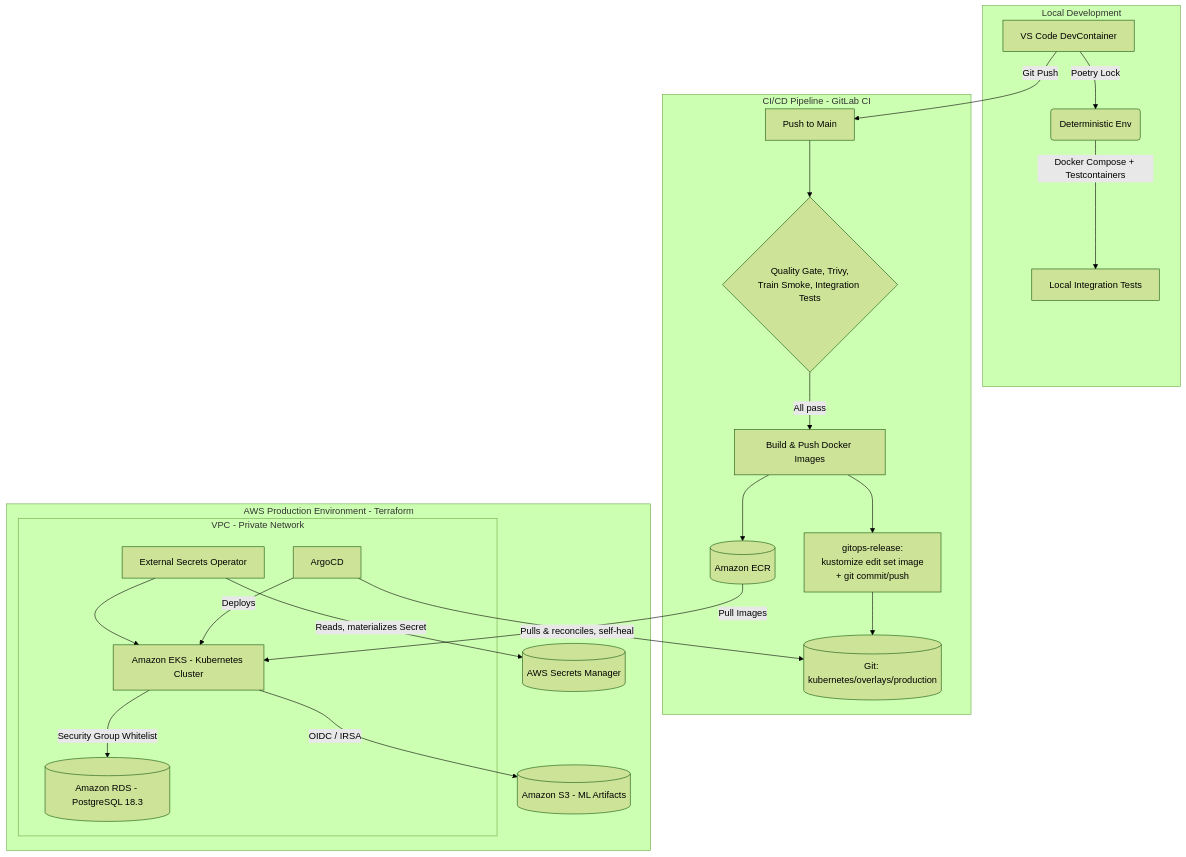
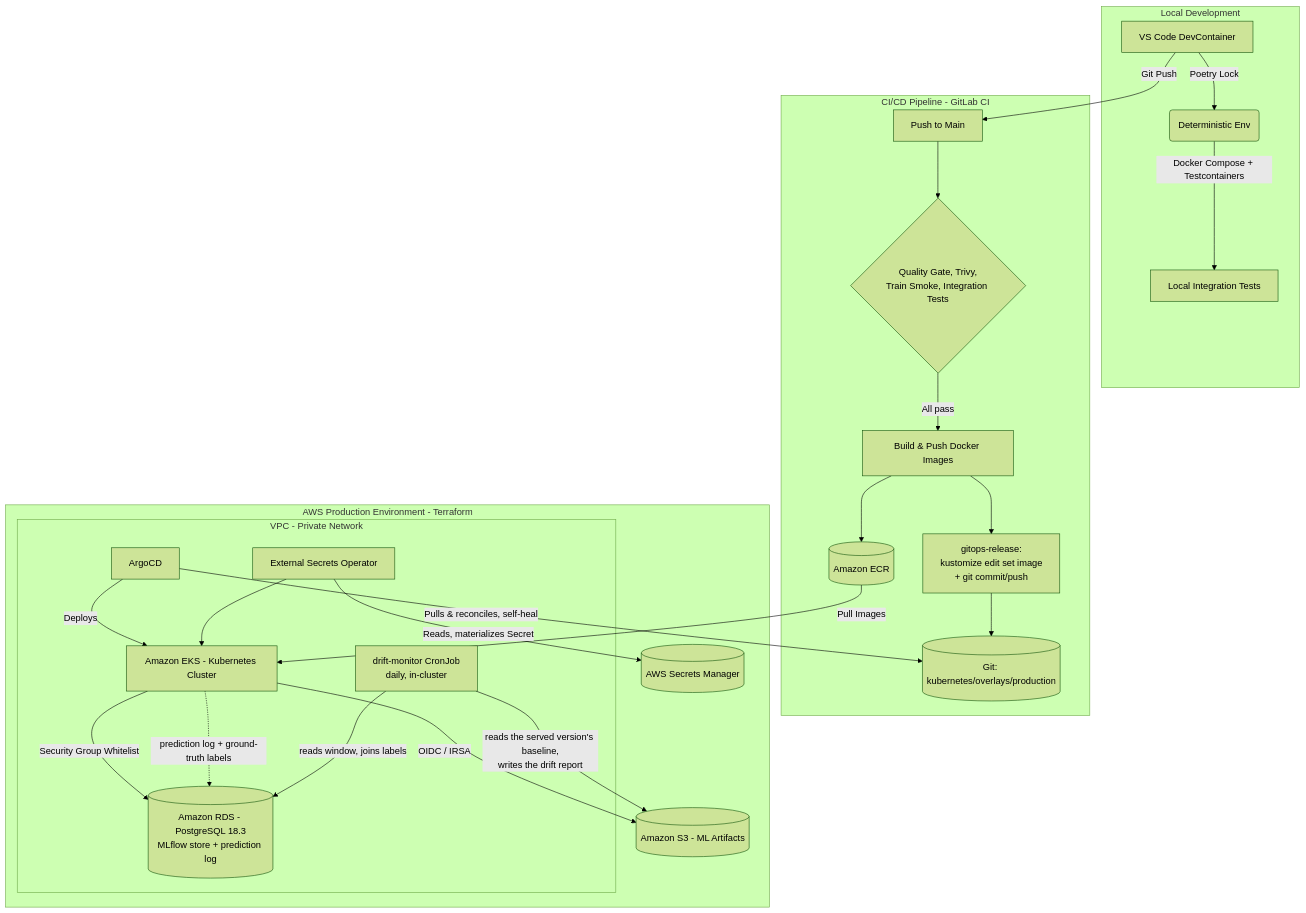
One commit to arguar13/Hotel-Booking-Demand-mlops changed the diagram in README.md. Above: the diagram before and after it, drawn with Mermaid (forest theme). The commit also changed other lines of this file and 34 other files, not shown here.

First line of the commit message:
feat(monitoring): add drift detection pipeline (data/prediction/confidence/concept)

````diff
--- a/README.md
+++ b/README.md
@@ -36,39 +36,43 @@
 ```mermaid
 graph TD
 
     subgraph Local Development
         A[VS Code DevContainer] -->|Poetry Lock| B(Deterministic Env)
         B -->|Docker Compose + Testcontainers| C[Local Integration Tests]
     end
 
     subgraph CI/CD Pipeline - GitLab CI
         D[Push to Main] --> E{Quality Gate, Trivy,<br/>Train Smoke, Integration Tests}
         E -->|All pass| F[Build & Push Docker Images]
         F --> G[(Amazon ECR)]
         F --> GR["gitops-release:<br/>kustomize edit set image<br/>+ git commit/push"]
         GR --> REPO[(Git: kubernetes/overlays/production)]
     end
 
     subgraph AWS Production Environment - Terraform
 
         subgraph VPC - Private Network
             I[Amazon EKS - Kubernetes Cluster]
-            J[(Amazon RDS - PostgreSQL 18.3)]
+            J[(Amazon RDS - PostgreSQL 18.3<br/>MLflow store + prediction log)]
             ARGO[ArgoCD]
             ESO[External Secrets Operator]
+            CRON["drift-monitor CronJob<br/>daily, in-cluster"]
         end
 
         K[(Amazon S3 - ML Artifacts)]
         SM[(AWS Secrets Manager)]
 
         I -->|OIDC / IRSA| K
         I -->|Security Group Whitelist| J
+        I -.->|prediction log + ground-truth labels| J
+        CRON -->|reads window, joins labels| J
+        CRON -->|reads the served version's baseline,<br/>writes the drift report| K
         ARGO -->|Pulls & reconciles, self-heal| REPO
         ARGO -->|Deploys| I
         ESO -->|Reads, materializes Secret| SM
         ESO --> I
         G -->|Pull Images| I
     end
 
     A -->|Git Push| D
 ```
````
